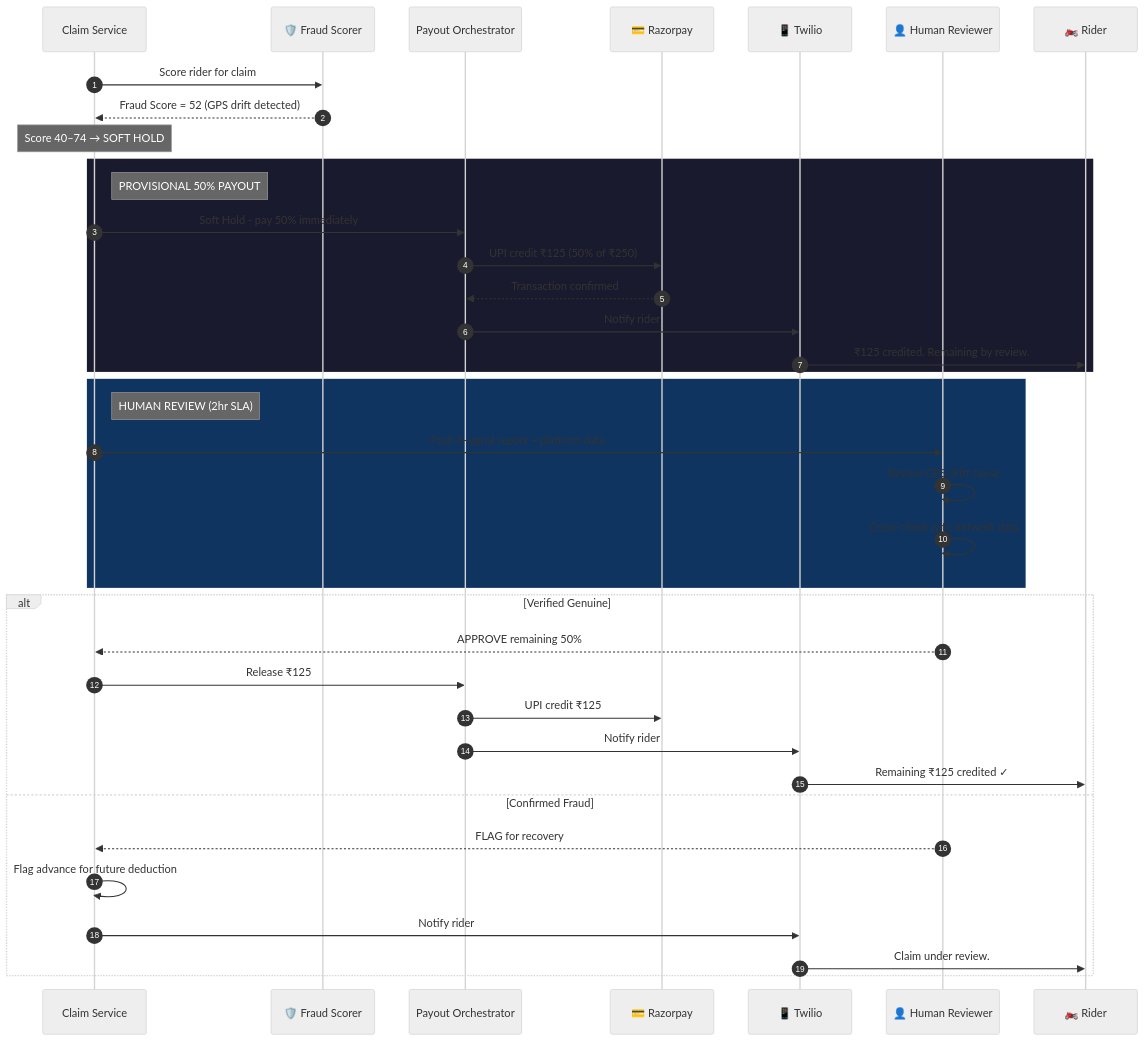
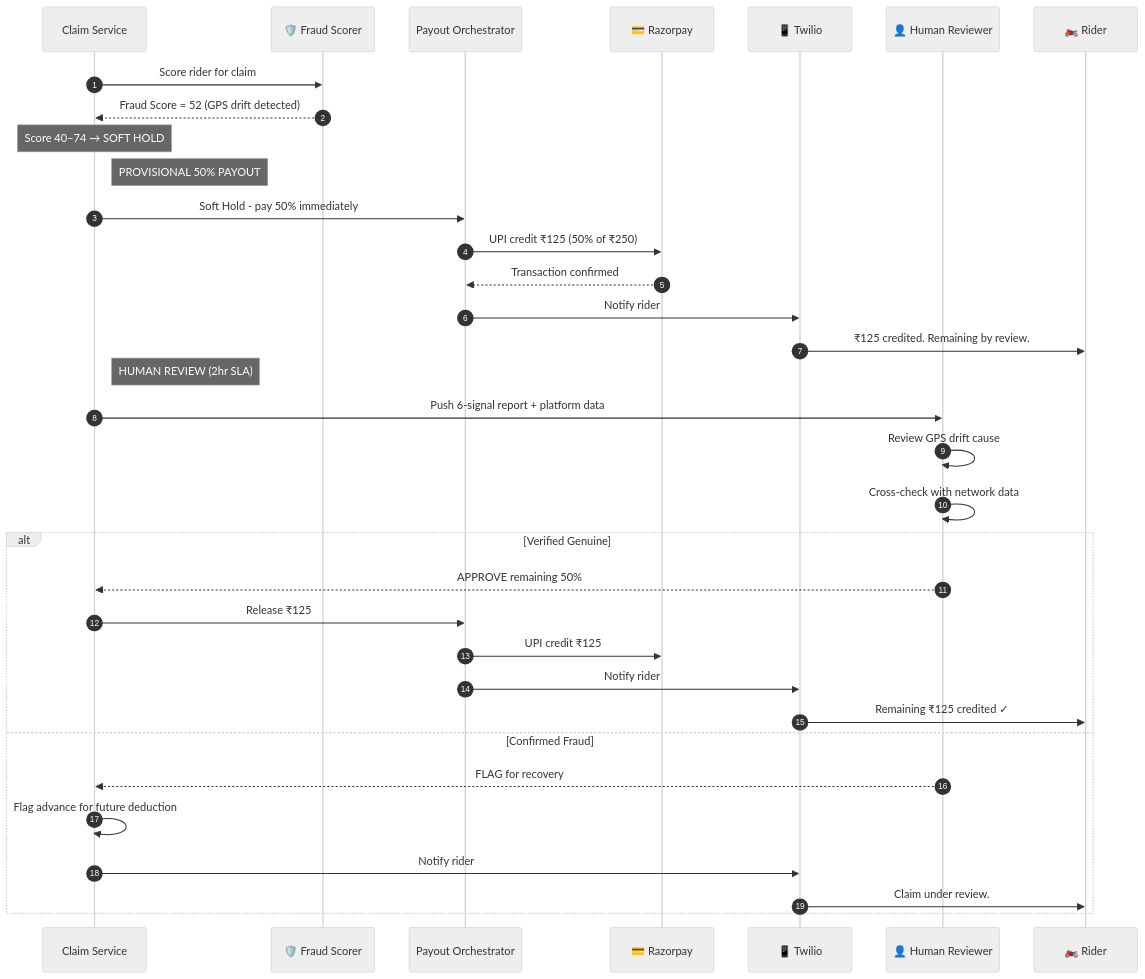
One commit to nehaav77/Guidewire_Hackathon__AutoLearn changed the seventh of 7 diagrams in README.md. Above: the diagram before and after it, drawn with Mermaid (neutral theme). The commit also changed other lines of this file, not shown here.

````diff
--- a/README.md
+++ b/README.md
@@ -1349,44 +1337,40 @@
 ```mermaid
 sequenceDiagram
     autonumber
     participant CS as Claim Service
     participant FS as 🛡️ Fraud Scorer
     participant PO as Payout Orchestrator
     participant RP as 💳 Razorpay
     participant TW as 📱 Twilio
     participant RV as 👤 Human Reviewer
     participant Rider as 🏍️ Rider
 
     CS->>FS: Score rider for claim
     FS-->>CS: Fraud Score = 52 (GPS drift detected)
     Note over CS: Score 40–74 → SOFT HOLD
 
-    rect rgb(26, 26, 46)
         Note right of CS: PROVISIONAL 50% PAYOUT
         CS->>PO: Soft Hold - pay 50% immediately
         PO->>RP: UPI credit ₹125 (50% of ₹250)
         RP-->>PO: Transaction confirmed
         PO->>TW: Notify rider
         TW->>Rider: ₹125 credited. Remaining by review.
-    end
 
-    rect rgb(15, 52, 96)
         Note right of CS: HUMAN REVIEW (2hr SLA)
         CS->>RV: Push 6-signal report + platform data
         RV->>RV: Review GPS drift cause
         RV->>RV: Cross-check with network data
-    end
 
     alt Verified Genuine
         RV-->>CS: APPROVE remaining 50%
         CS->>PO: Release ₹125
         PO->>RP: UPI credit ₹125
         PO->>TW: Notify rider
         TW->>Rider: Remaining ₹125 credited ✓
     else Confirmed Fraud
         RV-->>CS: FLAG for recovery
         CS->>CS: Flag advance for future deduction
         CS->>TW: Notify rider
         TW->>Rider: Claim under review.
     end
 ```
````
